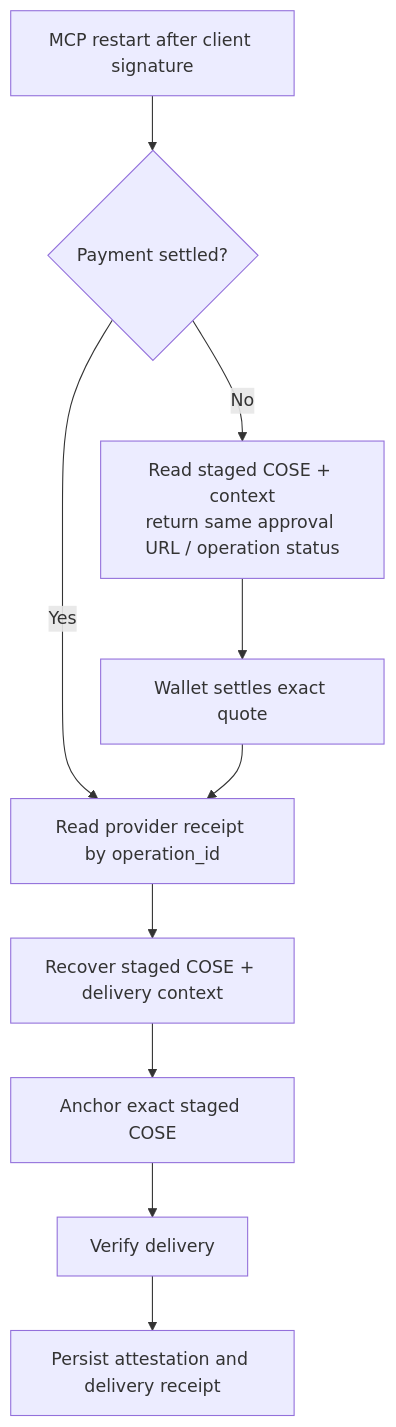
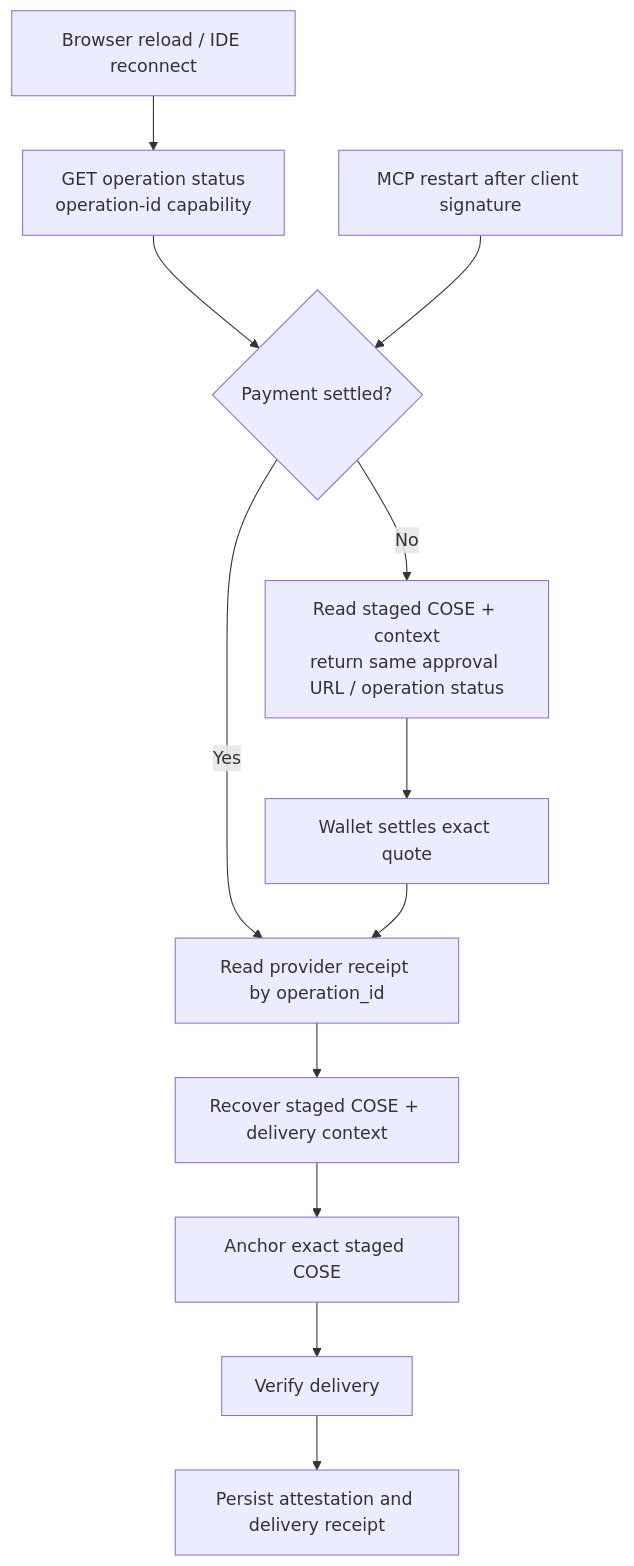
One commit to mnemonik-xyz/monorepo changed the third of 3 diagrams in work/universal-paywall-integration/flow.md. Above: the diagram before and after it, drawn with Mermaid. The commit also changed other lines of this file and 7 other files, not shown here.

````diff
--- a/work/universal-paywall-integration/flow.md
+++ b/work/universal-paywall-integration/flow.md
@@ -104,13 +108,15 @@
 ```mermaid
 flowchart TD
+    B[Browser reload / IDE reconnect] --> O[GET operation status<br/>operation-id capability]
+    O --> Y
     X[MCP restart after client signature] --> Y{Payment settled?}
     Y -->|No| Z[Read staged COSE + context<br/>return same approval URL / operation status]
     Y -->|Yes| P[Read provider receipt by operation_id]
     P --> C[Recover staged COSE + delivery context]
     C --> A[Anchor exact staged COSE]
     A --> V[Verify delivery]
     V --> R[Persist attestation and delivery receipt]
 
     Z --> W[Wallet settles exact quote]
     W --> P
 ```
````
